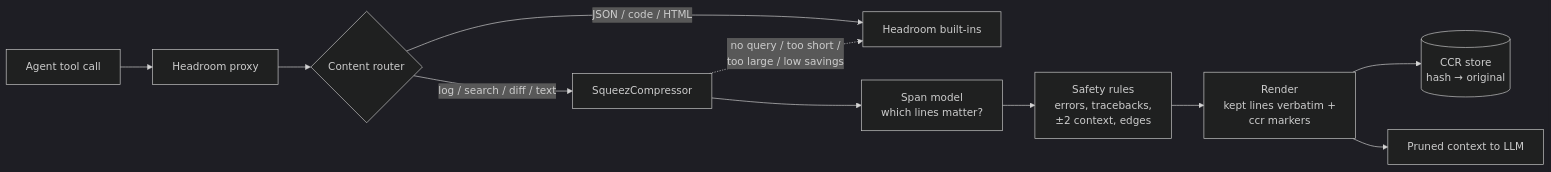
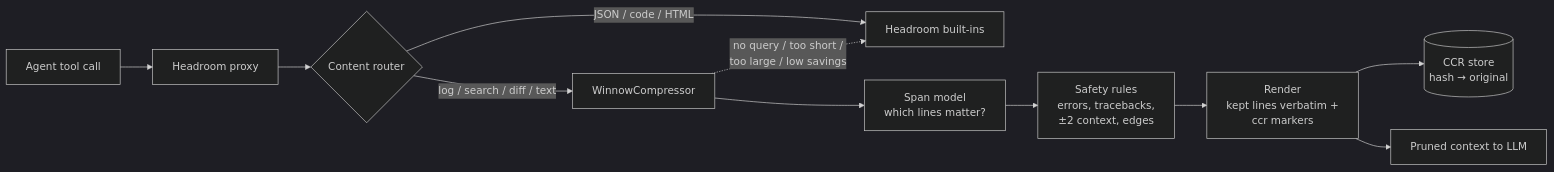
The diagram in README.md (RecepKurtulus/headroom-winnow), drawn with Mermaid (dark theme) before and after one commit. The commit also changed other lines of this file and 37 other files, not shown here.

````diff
--- a/README.md
+++ b/README.md
@@ -91,13 +101,13 @@
 ```mermaid
 flowchart LR
     A[Agent tool call] --> B[Headroom proxy]
     B --> C{Content router}
-    C -- "log / search / diff / text" --> D[SqueezCompressor]
+    C -- "log / search / diff / text" --> D[WinnowCompressor]
     C -- "JSON / code / HTML" --> E[Headroom built-ins]
     D --> F[Span model<br/>which lines matter?]
     F --> G[Safety rules<br/>errors, tracebacks,<br/>±2 context, edges]
     G --> H[Render<br/>kept lines verbatim +<br/>ccr markers]
     H --> I[(CCR store<br/>hash → original)]
     H --> J[Pruned context to LLM]
     D -. "no query / too short /<br/>too large / low savings" .-> E
 ```
````
